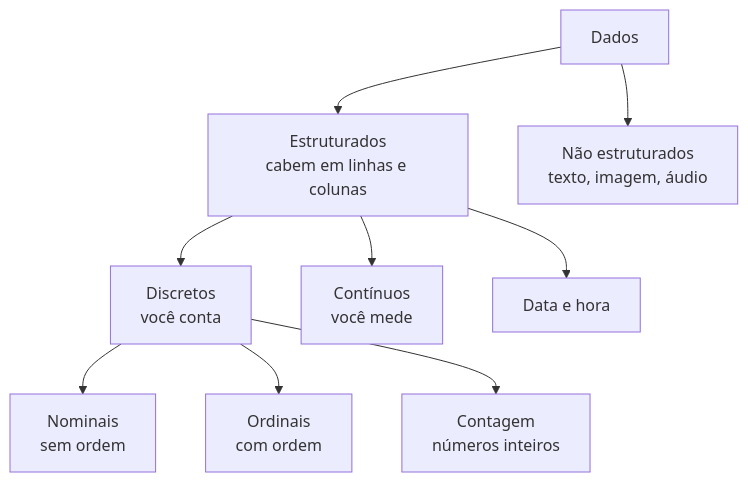
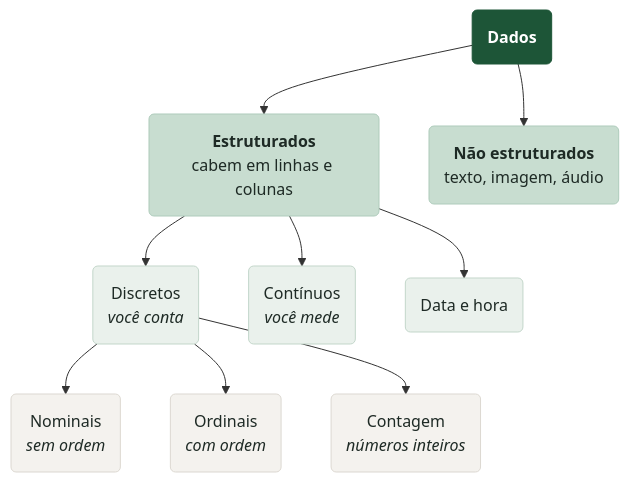
Before and after one commit to klein-natan/IA-Dados-GitBook: the third of 4 diagrams in aula-02-problemas-negocio-projetos-dados/README.md, drawn with Mermaid. The commit also changed other lines of this file and 4 other files, not shown here.

````diff
--- a/aula-02-problemas-negocio-projetos-dados/README.md
+++ b/aula-02-problemas-negocio-projetos-dados/README.md
@@ -126,11 +140,20 @@
 ```mermaid
+%%{init:{"theme":"base","themeVariables":{"fontFamily":"Inter,'Segoe UI','Liberation Sans',Helvetica,Arial,sans-serif","fontSize":"15px","primaryColor":"#F4F2EE","primaryTextColor":"#1E2A25","primaryBorderColor":"#CBD8D0","lineColor":"#8A9A90","secondaryColor":"#EDF2EE","tertiaryColor":"#FFFFFF","clusterBkg":"#F8F7F4","clusterBorder":"#E2DED7","edgeLabelBackground":"#FFFFFF"},"flowchart":{"nodeSpacing":28,"rankSpacing":38,"padding":14,"curve":"basis"}}}%%
 flowchart TD
-    D["Dados"] --> E["Estruturados<br/>cabem em linhas e colunas"]
-    D --> N["Não estruturados<br/>texto, imagem, áudio"]
-    E --> DI["Discretos<br/>você conta"]
-    E --> CO["Contínuos<br/>você mede"]
-    E --> DT["Data e hora"]
-    DI --> NO["Nominais<br/>sem ordem"]
-    DI --> OR["Ordinais<br/>com ordem"]
-    DI --> CT["Contagem<br/>números inteiros"]
+    D("<b>Dados</b>") --> E("<b>Estruturados</b><br/>cabem em linhas e colunas")
+    D --> N("<b>Não estruturados</b><br/>texto, imagem, áudio")
+    E --> DI("Discretos<br/><i>você conta</i>")
+    E --> CO("Contínuos<br/><i>você mede</i>")
+    E --> DT("Data e hora")
+    DI --> NO("Nominais<br/><i>sem ordem</i>")
+    DI --> OR("Ordinais<br/><i>com ordem</i>")
+    DI --> CT("Contagem<br/><i>números inteiros</i>")
+    classDef destaque fill:#1D5537,stroke:#1D5537,color:#FFFFFF;
+    classDef medio fill:#C8DDD0,stroke:#AECBBB,color:#1E2A25;
+    classDef neutro fill:#F4F2EE,stroke:#DCD8D1,color:#1E2A25;
+    classDef nevoa fill:#EAF1EC,stroke:#C3D6CA,color:#1E2A25;
+    class D destaque
+    class E,N medio
+    class DI,CO,DT nevoa
+    class NO,OR,CT neutro
 ```
````
